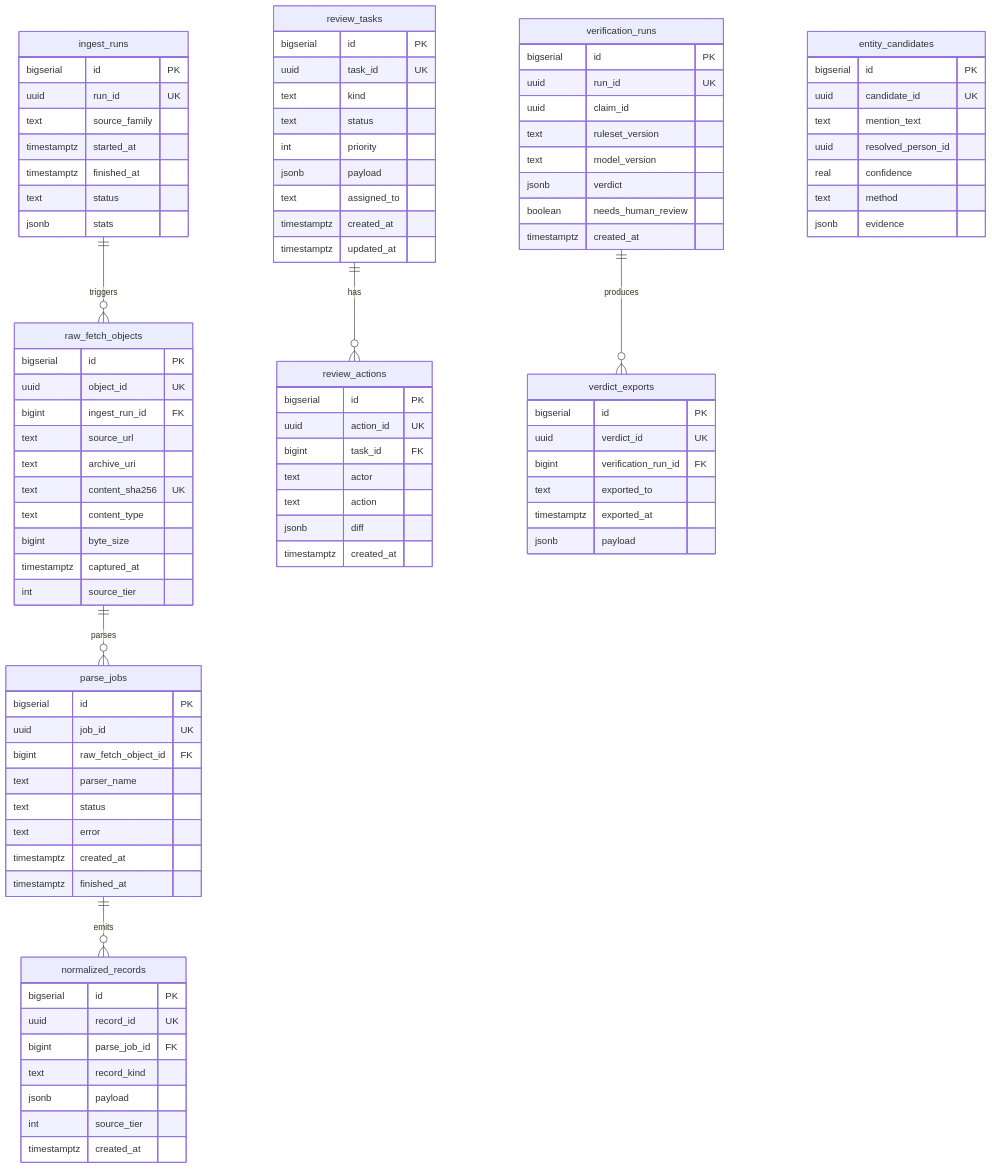
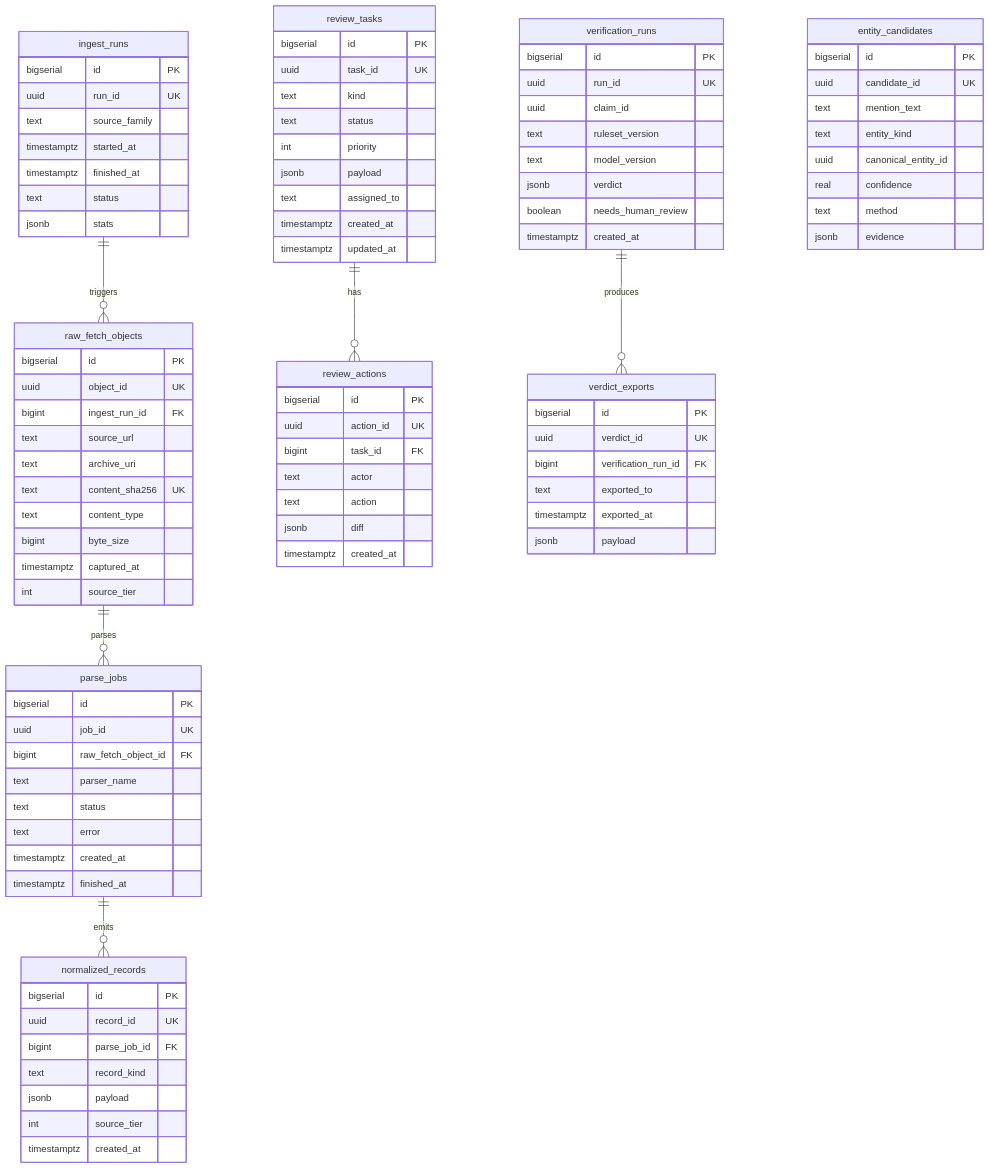
Before and after one commit to idanzinner-OMGene/civic-proof-il: the first of 2 diagrams in docs/DATA_MODEL.md, drawn with Mermaid. The commit also changed other lines of this file and 23 other files, not shown here.

```diff
--- a/docs/DATA_MODEL.md
+++ b/docs/DATA_MODEL.md
@@ -65,7 +65,8 @@
     bigserial id PK
     uuid candidate_id UK
     text mention_text
-    uuid resolved_person_id
+    text entity_kind
+    uuid canonical_entity_id
     real confidence
     text method
     jsonb evidence
```
